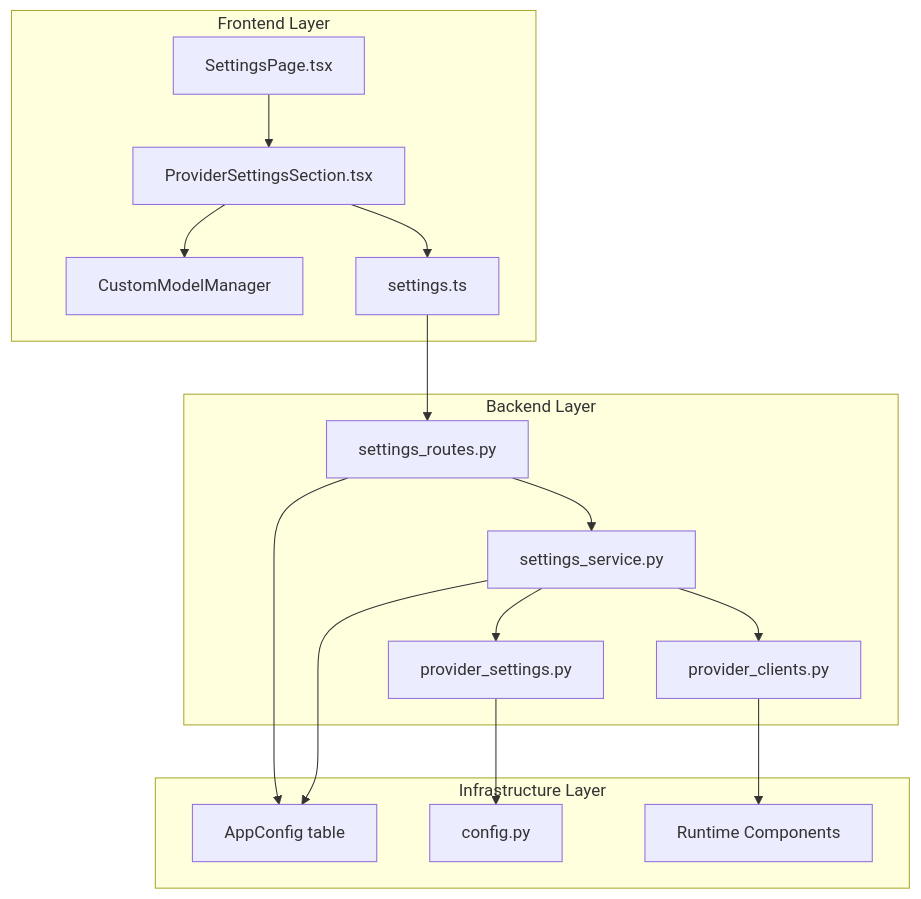
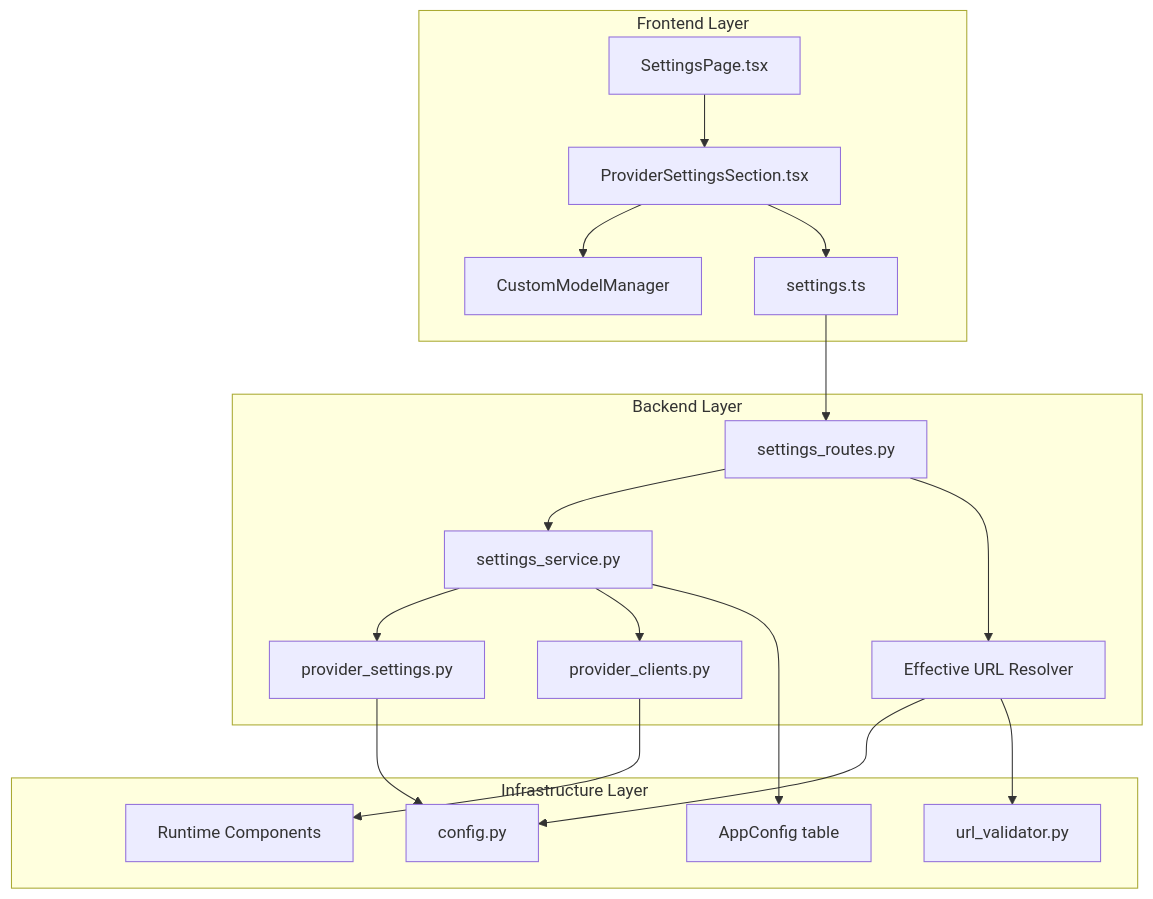
Before and after one commit to genes8/private-ai: the first of 9 diagrams in .qoder/repowiki/en/content/Backend Development/Runtime Configuration System/Provider Settings Management.md, drawn with Mermaid. The commit also changed other lines of this file and 36 other files, not shown here.

````diff
--- a/.qoder/repowiki/en/content/Backend Development/Runtime Configuration System/Provider Settings Management.md
+++ b/.qoder/repowiki/en/content/Backend Development/Runtime Configuration System/Provider Settings Management.md
@@ -48,31 +52,35 @@
 ```mermaid
 graph TB
 subgraph "Frontend Layer"
 SP[SettingsPage.tsx]
 PSS[ProviderSettingsSection.tsx]
 CM[CustomModelManager]
 API[settings.ts]
 end
 subgraph "Backend Layer"
 SR[settings_routes.py]
 SS[settings_service.py]
 PS[provider_settings.py]
 PC[provider_clients.py]
+EV[Effective URL Resolver]
 end
 subgraph "Infrastructure Layer"
 DB[AppConfig table]
 CFG[config.py]
 RT[Runtime Components]
+UV[url_validator.py]
 end
 SP --> PSS
 PSS --> CM
 PSS --> API
 API --> SR
 SR --> SS
 SS --> PS
 SS --> PC
-SR --> DB
+SR --> EV
+EV --> CFG
+EV --> UV
 SS --> DB
 PS --> CFG
 PC --> RT
 ```
````
